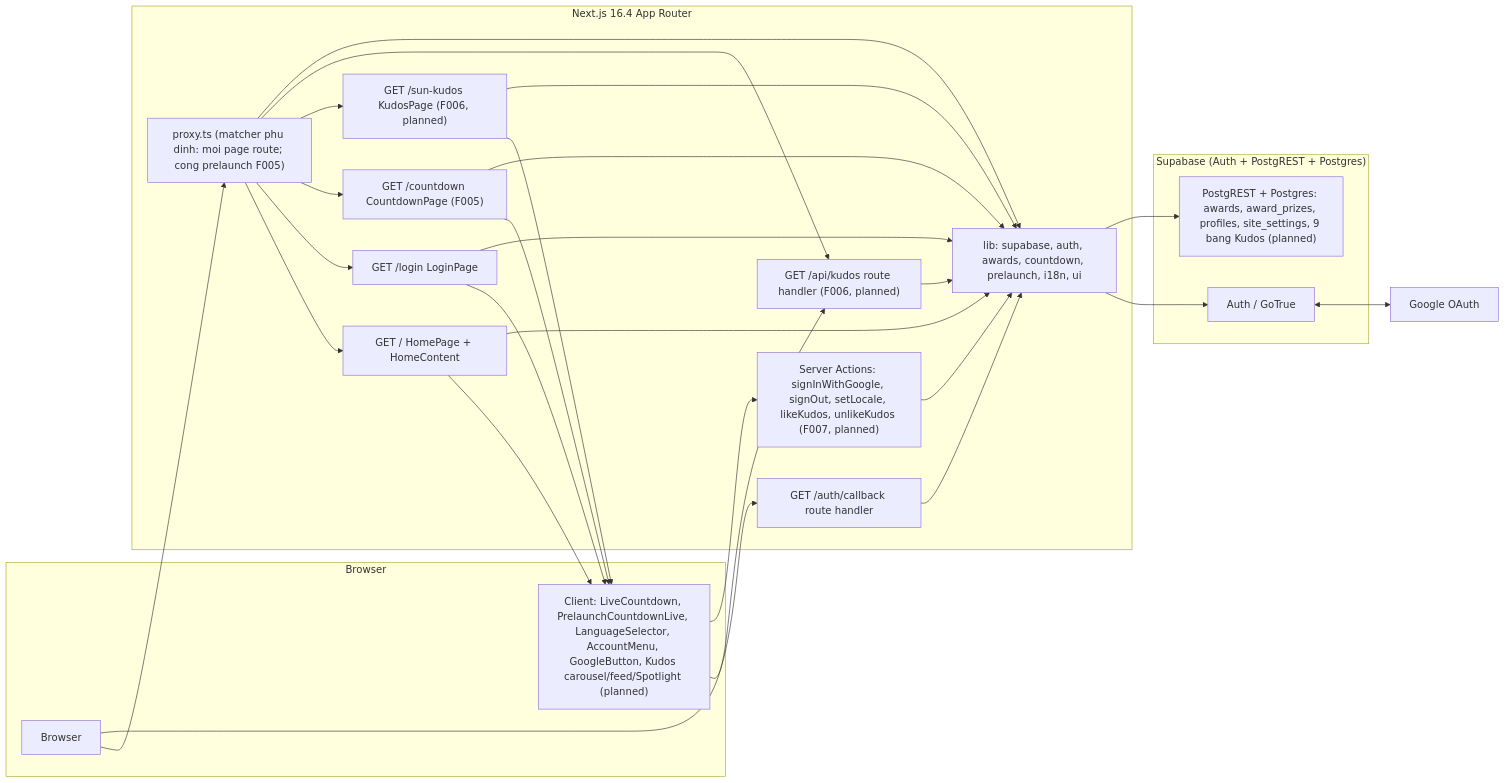
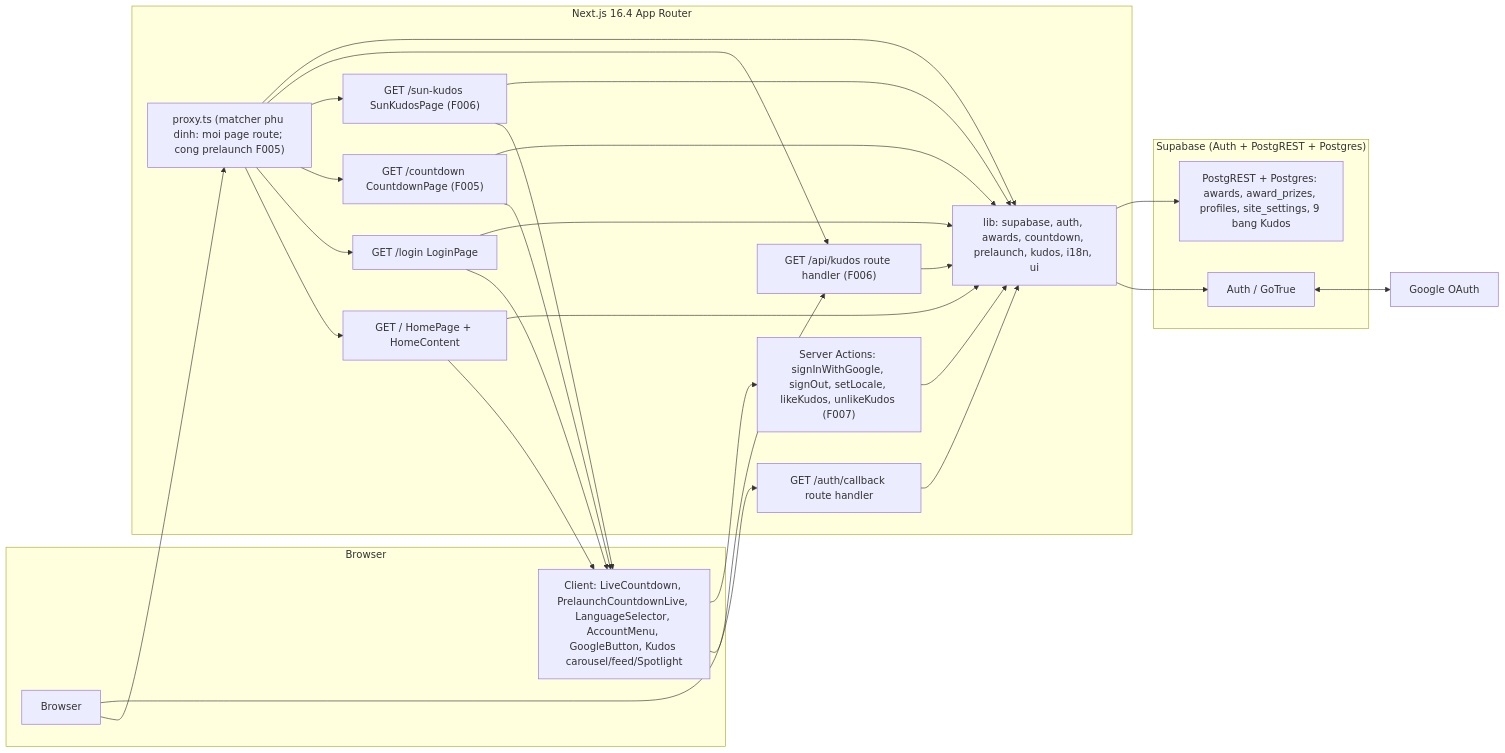
One commit to lannp-3774/agentic-coding-hands-on changed the first of 7 diagrams in docs/system/architecture.md. Above: the diagram before and after it, drawn with Mermaid. The commit also changed other lines of this file and 27 other files, not shown here.

Commit message:
docs(kudos): document the live board specs and inventories

````diff
--- a/docs/system/architecture.md
+++ b/docs/system/architecture.md
@@ -20,48 +20,48 @@
 ```mermaid
 flowchart LR
     subgraph Browser
         B[Browser]
-        CD["Client: LiveCountdown, PrelaunchCountdownLive, LanguageSelector, AccountMenu, GoogleButton, Kudos carousel/feed/Spotlight (planned)"]
+        CD["Client: LiveCountdown, PrelaunchCountdownLive, LanguageSelector, AccountMenu, GoogleButton, Kudos carousel/feed/Spotlight"]
     end
     subgraph "Next.js 16.4 App Router"
         P["proxy.ts (matcher phu dinh: moi page route; cong prelaunch F005)"]
         H["GET / HomePage + HomeContent"]
         L["GET /login LoginPage"]
         CP["GET /countdown CountdownPage (F005)"]
-        K["GET /sun-kudos KudosPage (F006, planned)"]
-        KA["GET /api/kudos route handler (F006, planned)"]
+        K["GET /sun-kudos SunKudosPage (F006)"]
+        KA["GET /api/kudos route handler (F006)"]
         CB["GET /auth/callback route handler"]
-        A["Server Actions: signInWithGoogle, signOut, setLocale, likeKudos, unlikeKudos (F007, planned)"]
-        LIB["lib: supabase, auth, awards, countdown, prelaunch, i18n, ui"]
+        A["Server Actions: signInWithGoogle, signOut, setLocale, likeKudos, unlikeKudos (F007)"]
+        LIB["lib: supabase, auth, awards, countdown, prelaunch, kudos, i18n, ui"]
     end
     subgraph "Supabase (Auth + PostgREST + Postgres)"
         G["Auth / GoTrue"]
-        R["PostgREST + Postgres: awards, award_prizes, profiles, site_settings, 9 bang Kudos (planned)"]
+        R["PostgREST + Postgres: awards, award_prizes, profiles, site_settings, 9 bang Kudos"]
     end
     GO[Google OAuth]
 
     B --> P
     P --> H
     P --> L
     P --> CP
     P --> K
     P --> KA
     B --> CB
     H --> CD
     L --> CD
     CP --> CD
     CP --> LIB
     K --> CD
     K --> LIB
     KA --> LIB
     CD --> KA
     CD --> A
     H --> LIB
     L --> LIB
     A --> LIB
     CB --> LIB
     P --> LIB
     LIB --> G
     LIB --> R
     G <--> GO
 ```
````
